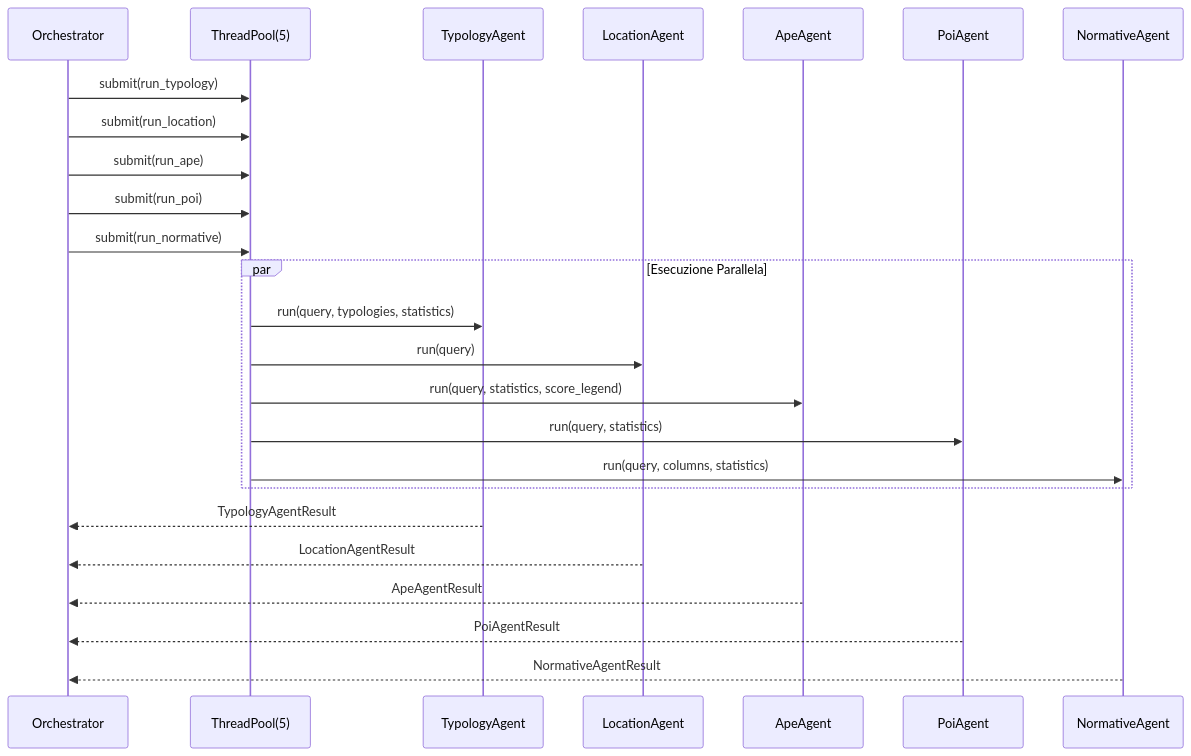
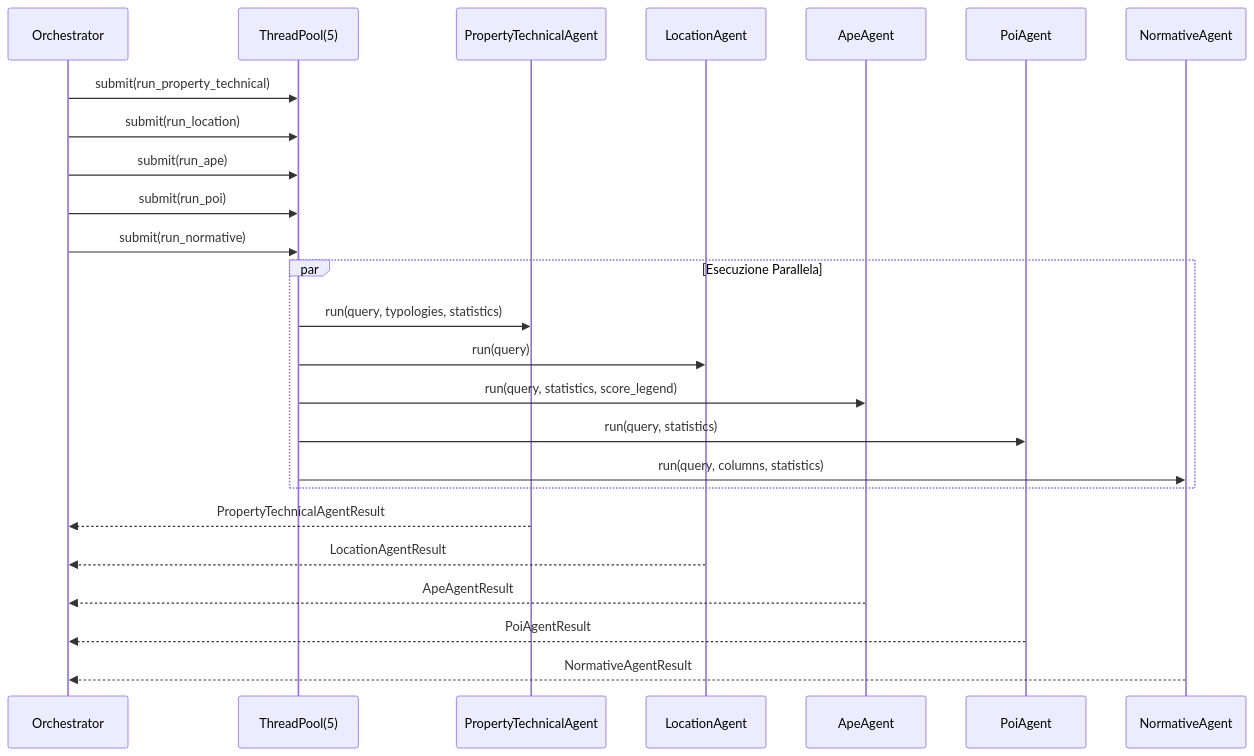
One commit to dbdmg/murena changed the second of 5 diagrams in docs/AGENT_ARCHITECTURE.md. Above: the diagram before and after it, drawn with Mermaid. The commit also changed other lines of this file and 31 other files, not shown here.

Commit message:
feat: Replace Typology Agent with Property Technical Agent and update synthetic test suite.

````diff
--- a/docs/AGENT_ARCHITECTURE.md
+++ b/docs/AGENT_ARCHITECTURE.md
@@ -82,30 +83,30 @@
 ```mermaid
 sequenceDiagram
     participant O as Orchestrator
     participant TP as ThreadPool(5)
-    participant TY as TypologyAgent
+    participant PT as PropertyTechnicalAgent
     participant LO as LocationAgent
     participant AP as ApeAgent
     participant PO as PoiAgent
     participant NO as NormativeAgent
 
-    O->>TP: submit(run_typology)
+    O->>TP: submit(run_property_technical)
     O->>TP: submit(run_location)
     O->>TP: submit(run_ape)
     O->>TP: submit(run_poi)
     O->>TP: submit(run_normative)
 
     par Esecuzione Parallela
-        TP->>TY: run(query, typologies, statistics)
+        TP->>PT: run(query, typologies, statistics)
         TP->>LO: run(query)
         TP->>AP: run(query, statistics, score_legend)
         TP->>PO: run(query, statistics)
         TP->>NO: run(query, columns, statistics)
     end
 
-    TY-->>O: TypologyAgentResult
+    PT-->>O: PropertyTechnicalAgentResult
     LO-->>O: LocationAgentResult
     AP-->>O: ApeAgentResult
     PO-->>O: PoiAgentResult
     NO-->>O: NormativeAgentResult
 ```
````
